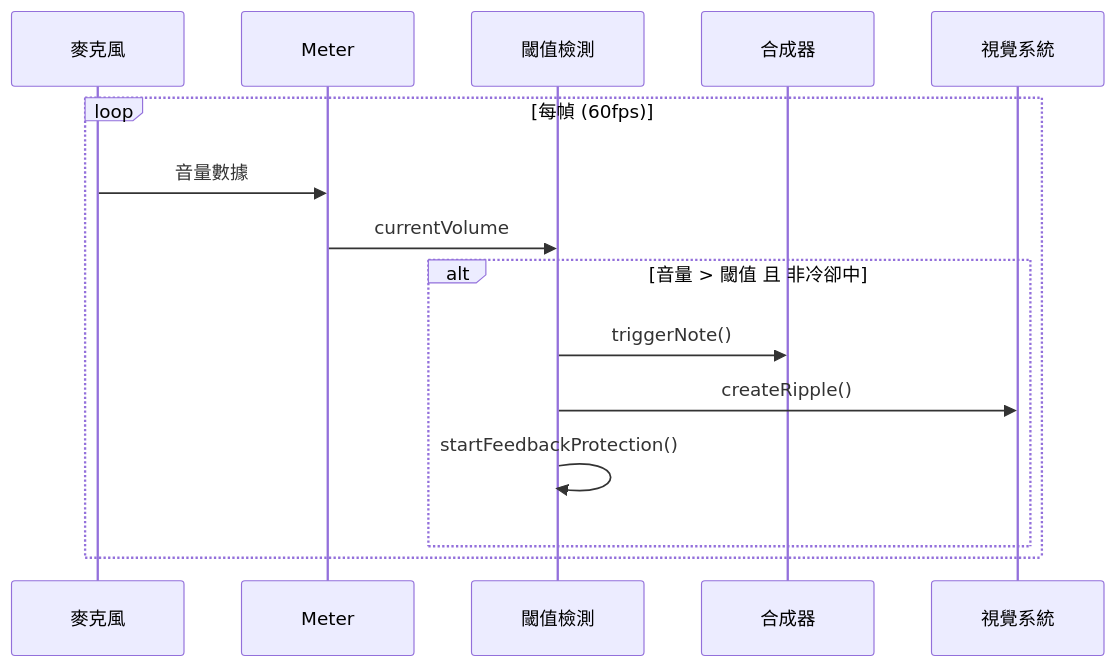
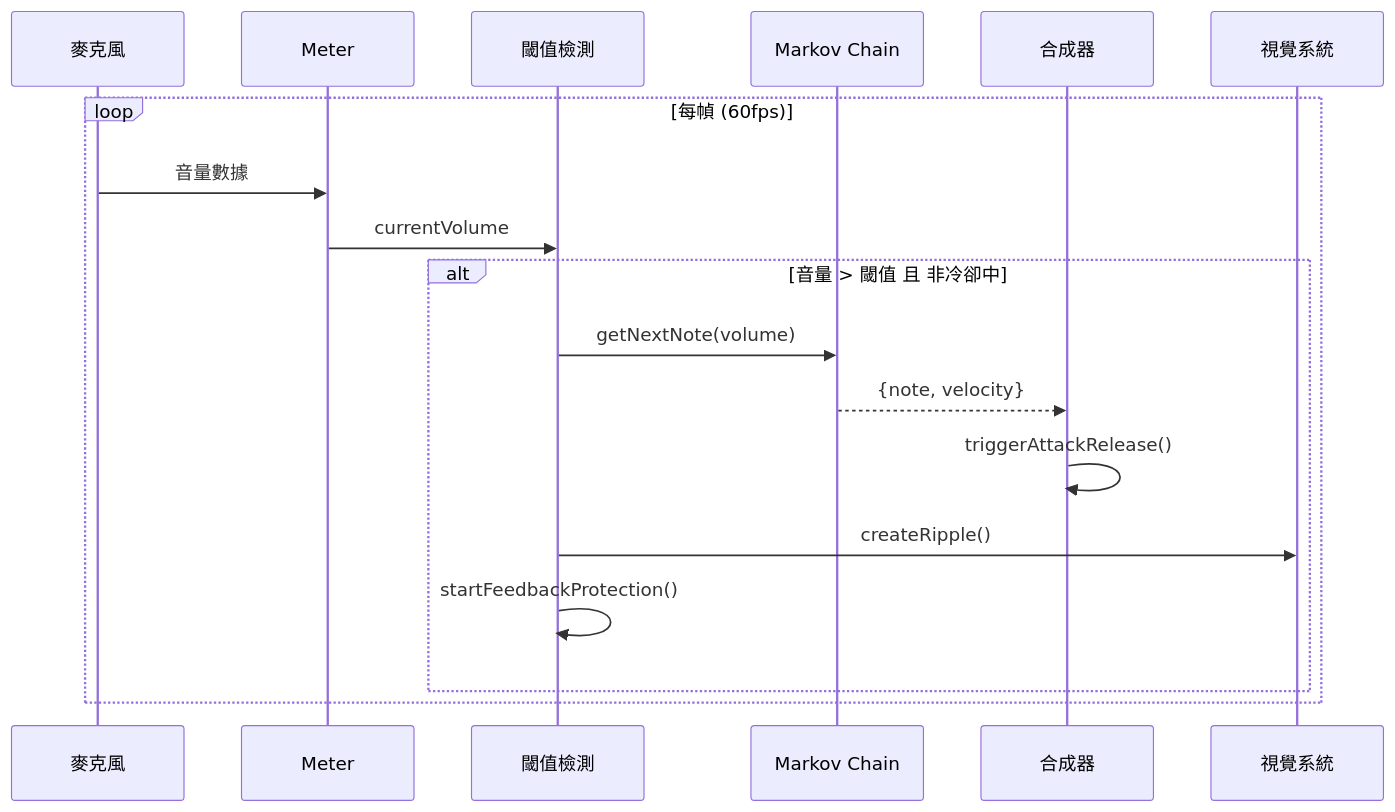
One commit to tznthou/day-09-voice-ripple changed the second of 4 diagrams in README.md. Above: the diagram before and after it, drawn with Mermaid. The commit also changed other lines of this file and 7 other files, not shown here.

First line of the commit message:
refactor: 模組化架構 + Markov Chain 旋律生成

````diff
--- a/README.md
+++ b/README.md
@@ -57,18 +64,21 @@
 ```mermaid
 sequenceDiagram
     participant M as 麥克風
     participant Meter as Meter
     participant Check as 閾值檢測
+    participant Markov as Markov Chain
     participant Synth as 合成器
     participant Visual as 視覺系統
 
     loop 每幀 (60fps)
         M->>Meter: 音量數據
         Meter->>Check: currentVolume
         alt 音量 > 閾值 且 非冷卻中
-            Check->>Synth: triggerNote()
+            Check->>Markov: getNextNote(volume)
+            Markov-->>Synth: {note, velocity}
+            Synth->>Synth: triggerAttackRelease()
             Check->>Visual: createRipple()
             Check->>Check: startFeedbackProtection()
         end
     end
 ```
````
